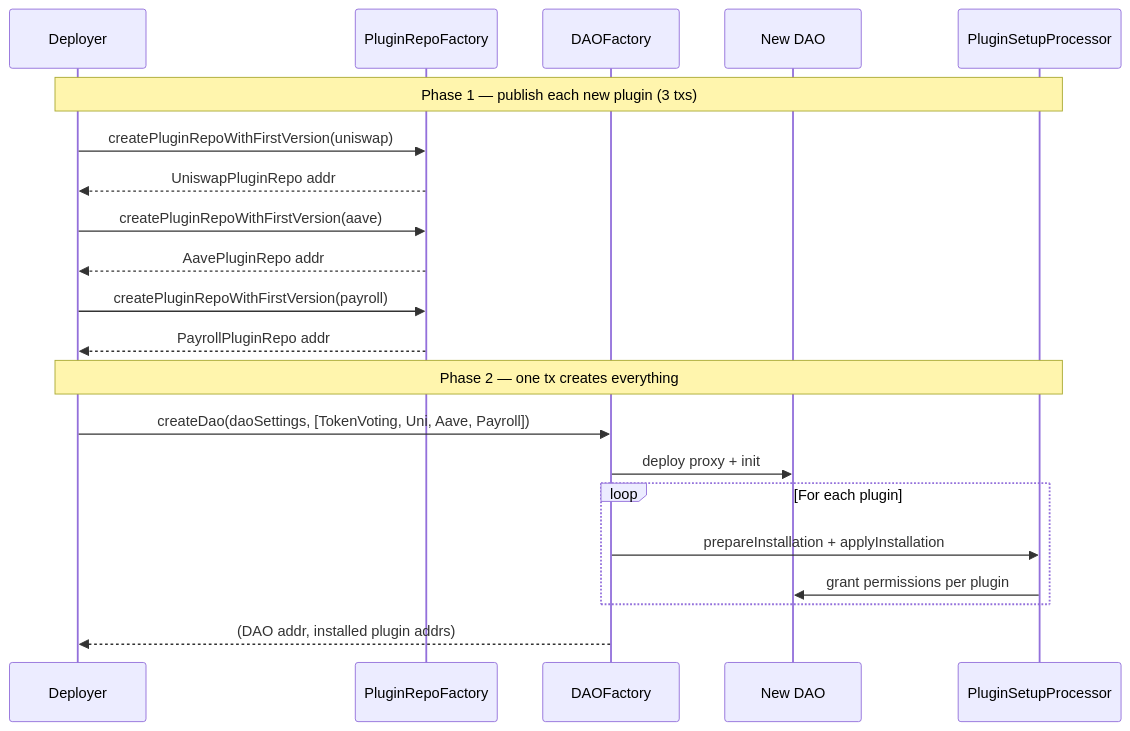
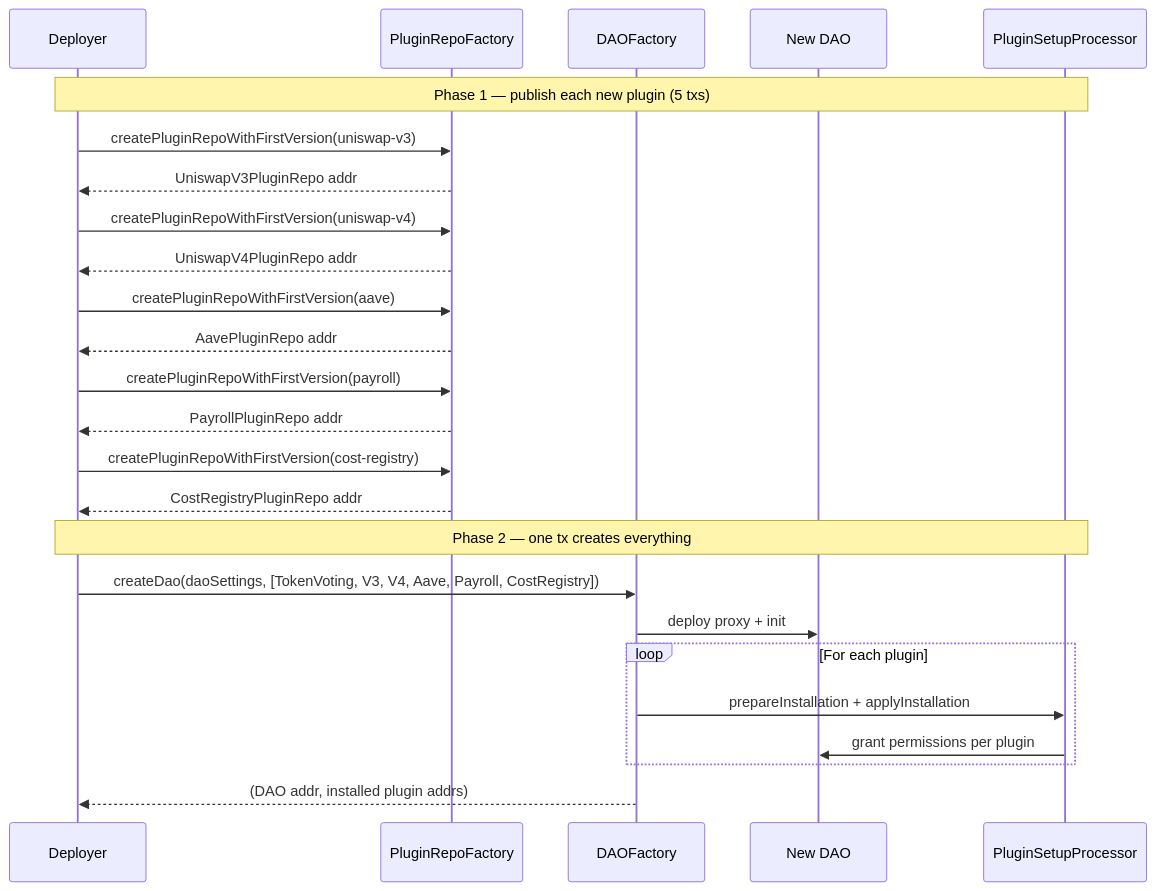
The tenth of 11 diagrams in README.md (CyberdyneCorp/cyberdyne_dao_contracts), drawn with Mermaid before and after one commit. The commit also changed other lines of this file and 7 other files, not shown here.

First line of the commit message:
docs: close gap audit; restructure ROADMAP Phase 13 as v1.1 backlog

````diff
--- a/README.md
+++ b/README.md
@@ -253,25 +339,29 @@
 ```mermaid
 sequenceDiagram
     participant Deployer
     participant PRF as PluginRepoFactory
     participant DF as DAOFactory
     participant DAO as New DAO
     participant PSP as PluginSetupProcessor
 
-    Note over Deployer,PSP: Phase 1 — publish each new plugin (3 txs)
-    Deployer->>PRF: createPluginRepoWithFirstVersion(uniswap)
-    PRF-->>Deployer: UniswapPluginRepo addr
+    Note over Deployer,PSP: Phase 1 — publish each new plugin (5 txs)
+    Deployer->>PRF: createPluginRepoWithFirstVersion(uniswap-v3)
+    PRF-->>Deployer: UniswapV3PluginRepo addr
+    Deployer->>PRF: createPluginRepoWithFirstVersion(uniswap-v4)
+    PRF-->>Deployer: UniswapV4PluginRepo addr
     Deployer->>PRF: createPluginRepoWithFirstVersion(aave)
     PRF-->>Deployer: AavePluginRepo addr
     Deployer->>PRF: createPluginRepoWithFirstVersion(payroll)
     PRF-->>Deployer: PayrollPluginRepo addr
+    Deployer->>PRF: createPluginRepoWithFirstVersion(cost-registry)
+    PRF-->>Deployer: CostRegistryPluginRepo addr
 
     Note over Deployer,PSP: Phase 2 — one tx creates everything
-    Deployer->>DF: createDao(daoSettings, [TokenVoting, Uni, Aave, Payroll])
+    Deployer->>DF: createDao(daoSettings, [TokenVoting, V3, V4, Aave, Payroll, CostRegistry])
     DF->>DAO: deploy proxy + init
     loop For each plugin
         DF->>PSP: prepareInstallation + applyInstallation
         PSP->>DAO: grant permissions per plugin
     end
     DF-->>Deployer: (DAO addr, installed plugin addrs)
 ```
````
